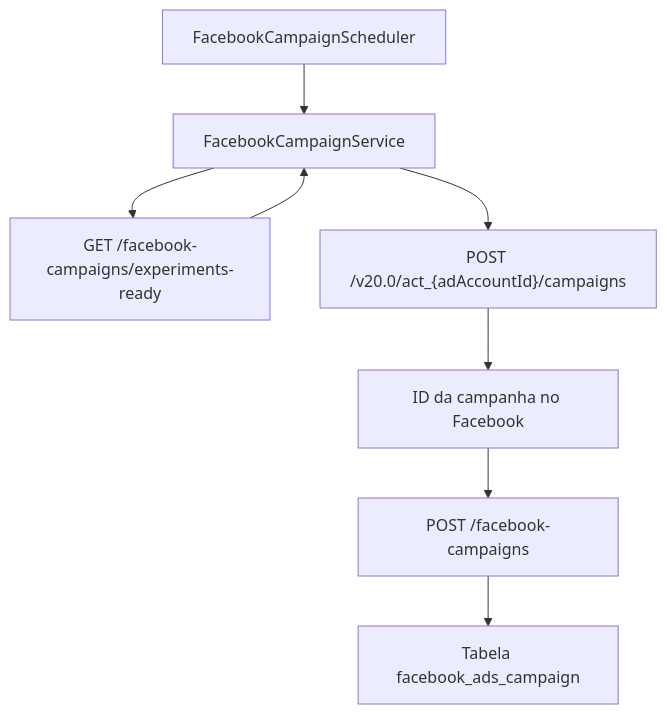
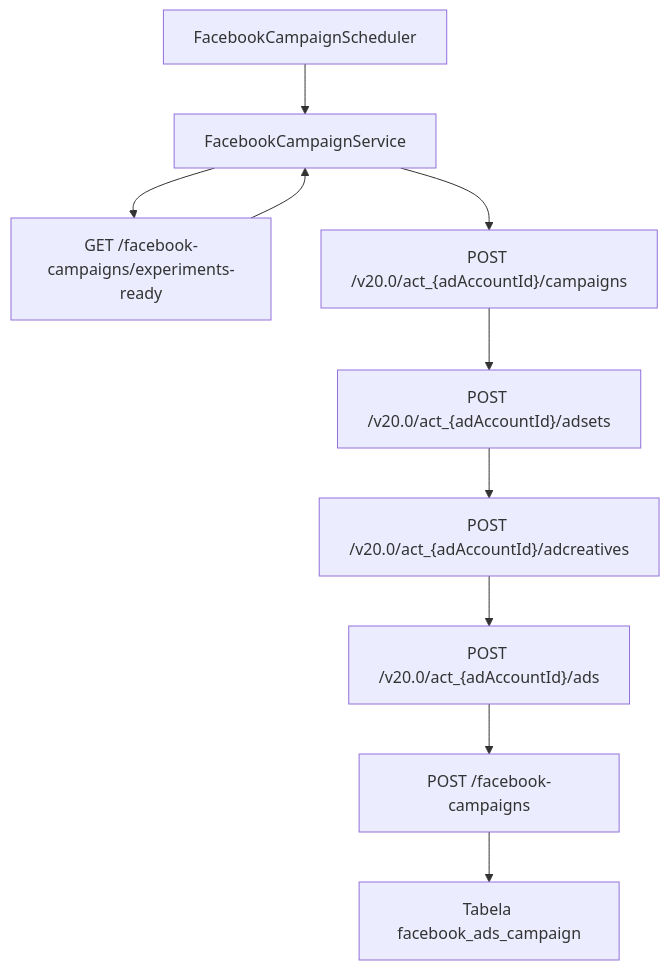
The diagram in docs/facebook-ads-worker/transformacao-experimentos-campanhas.md (paulofor/marketing-hub), drawn with Mermaid before and after one commit. The commit also changed other lines of this file and 9 other files, not shown here.

````diff
--- a/docs/facebook-ads-worker/transformacao-experimentos-campanhas.md
+++ b/docs/facebook-ads-worker/transformacao-experimentos-campanhas.md
@@ -13,10 +13,12 @@
 ```mermaid
 flowchart TD
     scheduler["FacebookCampaignScheduler"] --> service["FacebookCampaignService"]
     service --> backendFetch["GET /facebook-campaigns/experiments-ready"]
     backendFetch --> service
-    service --> graphApi["POST /v20.0/act_{adAccountId}/campaigns"]
-    graphApi --> fbId["ID da campanha no Facebook"]
-    fbId --> persist["POST /facebook-campaigns"]
+    service --> campaign["POST /v20.0/act_{adAccountId}/campaigns"]
+    campaign --> adset["POST /v20.0/act_{adAccountId}/adsets"]
+    adset --> creative["POST /v20.0/act_{adAccountId}/adcreatives"]
+    creative --> ad["POST /v20.0/act_{adAccountId}/ads"]
+    ad --> persist["POST /facebook-campaigns"]
     persist --> db["Tabela facebook_ads_campaign"]
 ```
````
